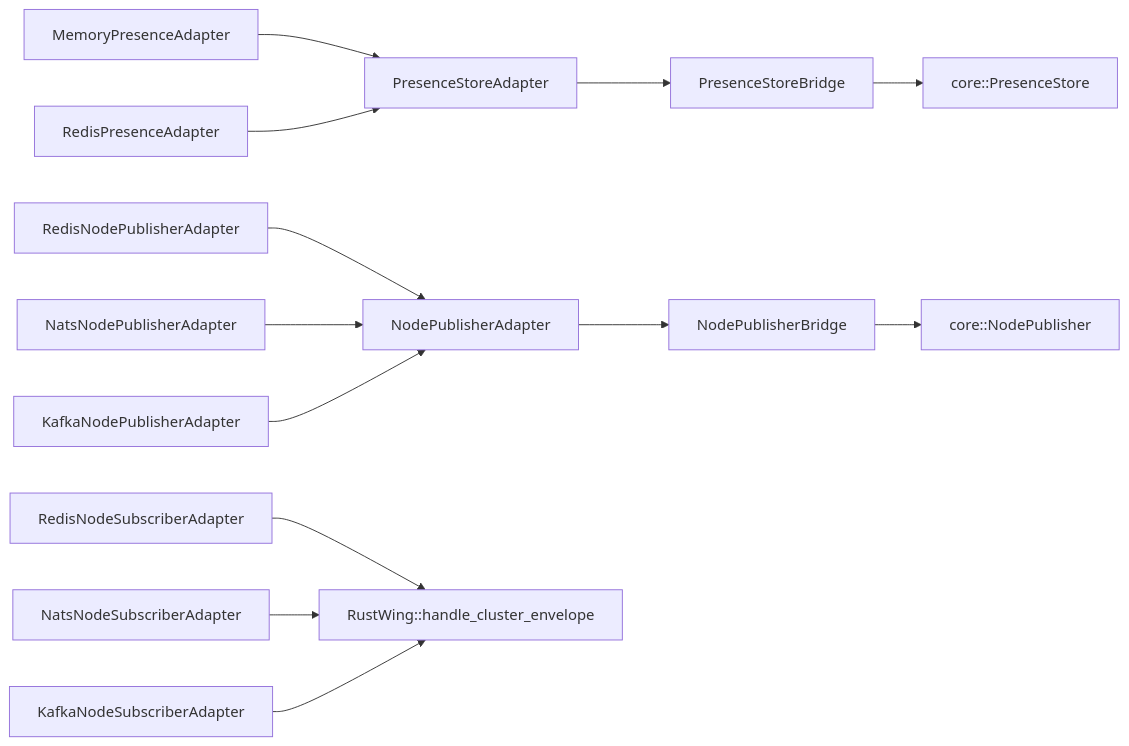
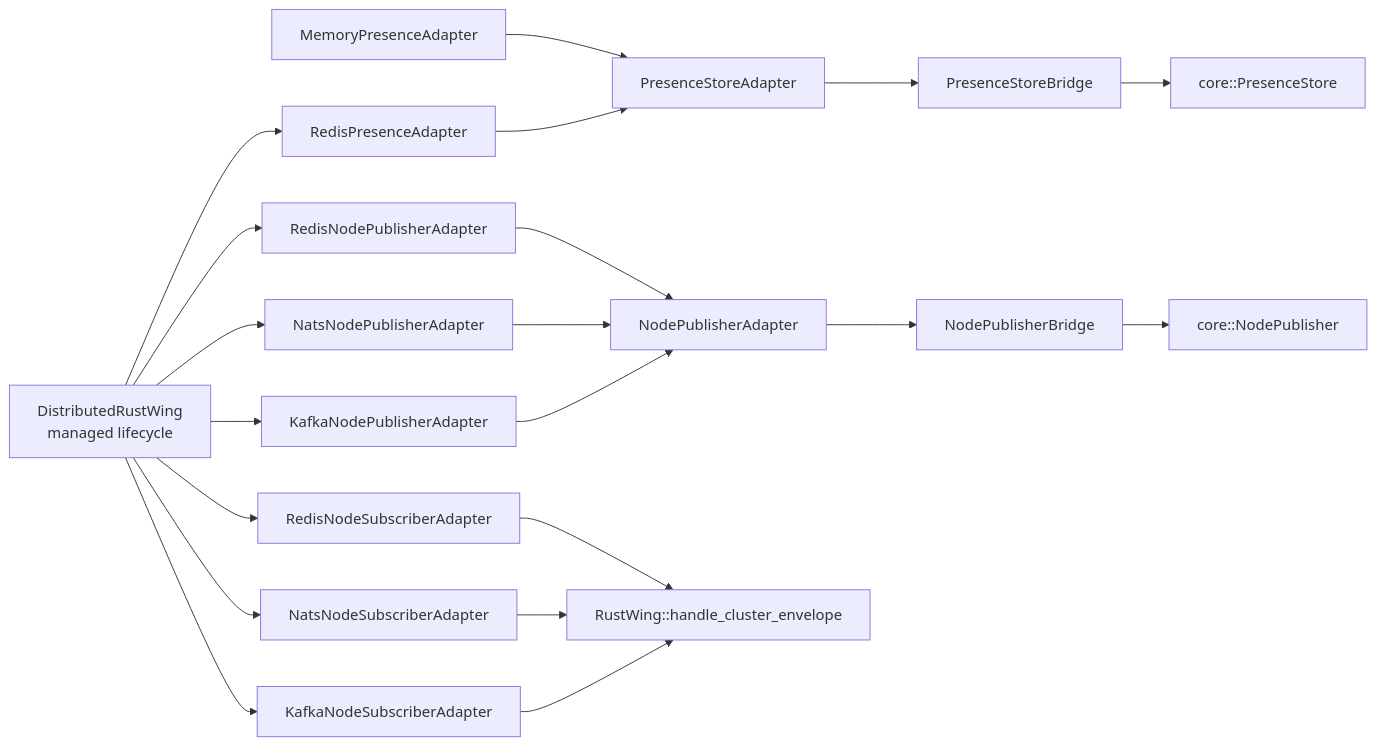
Before and after one commit to Zany2/rust-wing: the seventh of 9 diagrams in docs/source-architecture.md, drawn with Mermaid. The commit also changed other lines of this file and 31 other files, not shown here.

````diff
--- a/docs/source-architecture.md
+++ b/docs/source-architecture.md
@@ -183,29 +183,37 @@
 ```mermaid
 flowchart LR
     CorePresence["core::PresenceStore"]
     CorePublisher["core::NodePublisher"]
     PresenceAdapter["PresenceStoreAdapter"]
     PublisherAdapter["NodePublisherAdapter"]
     BridgePresence["PresenceStoreBridge"]
     BridgePublisher["NodePublisherBridge"]
     Memory["MemoryPresenceAdapter"]
     RedisPresence["RedisPresenceAdapter"]
     RedisPublisher["RedisNodePublisherAdapter"]
     RedisSubscriber["RedisNodeSubscriberAdapter"]
     NatsPublisher["NatsNodePublisherAdapter"]
     NatsSubscriber["NatsNodeSubscriberAdapter"]
     KafkaPublisher["KafkaNodePublisherAdapter"]
     KafkaSubscriber["KafkaNodeSubscriberAdapter"]
+    Runtime["DistributedRustWing<br/>managed lifecycle"]
     CoreDelivery["RustWing::handle_cluster_envelope"]
 
     PresenceAdapter --> BridgePresence --> CorePresence
     PublisherAdapter --> BridgePublisher --> CorePublisher
     Memory --> PresenceAdapter
     RedisPresence --> PresenceAdapter
     RedisPublisher --> PublisherAdapter
     NatsPublisher --> PublisherAdapter
     KafkaPublisher --> PublisherAdapter
     RedisSubscriber --> CoreDelivery
     NatsSubscriber --> CoreDelivery
     KafkaSubscriber --> CoreDelivery
+    Runtime --> RedisPresence
+    Runtime --> RedisPublisher
+    Runtime --> RedisSubscriber
+    Runtime --> NatsPublisher
+    Runtime --> NatsSubscriber
+    Runtime --> KafkaPublisher
+    Runtime --> KafkaSubscriber
 ```
````
